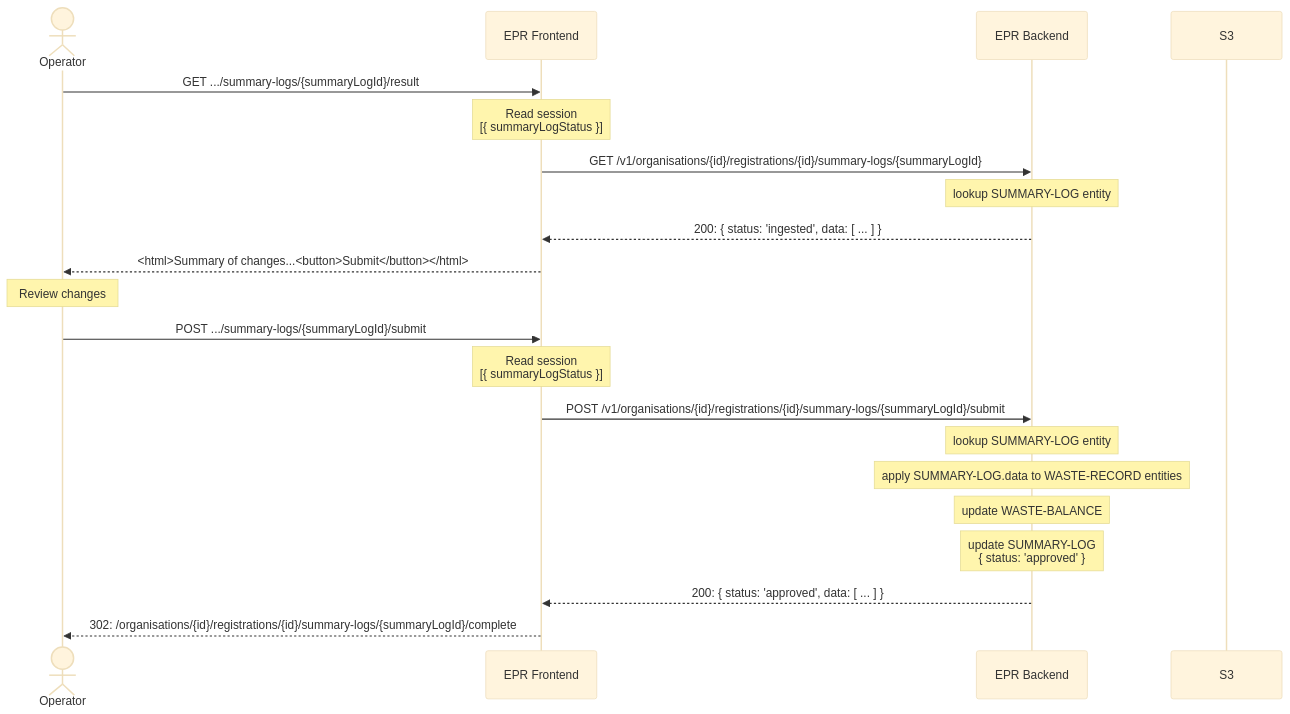
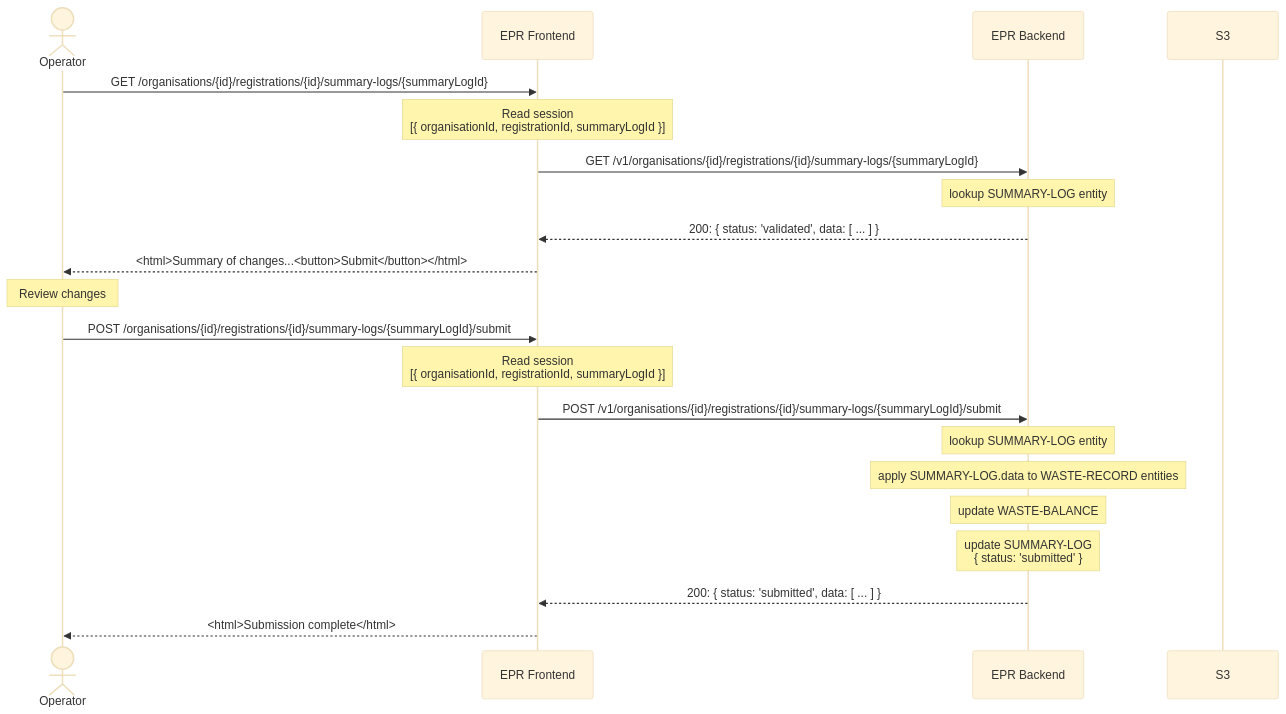
The third of 3 diagrams in docs/architecture/discovery/pepr-lld.md (DEFRA/epr-backend), drawn with Mermaid (base theme) before and after one commit. The commit also changed other lines of this file and 1 other file, not shown here.

Commit message:
PAE-289: Update design docs for event-driven summary log flow (#141)

````diff
--- a/docs/architecture/discovery/pepr-lld.md
+++ b/docs/architecture/discovery/pepr-lld.md
@@ -589,27 +645,27 @@
 ```mermaid
 sequenceDiagram
   actor Op as Operator
   participant Frontend as EPR Frontend
   participant Backend as EPR Backend
   participant S3
 
 
-  Op->>Frontend: GET .../summary-logs/{summaryLogId}/result
-  Note over Frontend: Read session<br>[{ summaryLogStatus }]
+  Op->>Frontend: GET /organisations/{id}/registrations/{id}/summary-logs/{summaryLogId}
+  Note over Frontend: Read session<br>[{ organisationId, registrationId, summaryLogId }]
   Frontend->>Backend: GET /v1/organisations/{id}/registrations/{id}/summary-logs/{summaryLogId}
   Note over Backend: lookup SUMMARY-LOG entity
-  Backend-->>Frontend: 200: { status: 'ingested', data: [ ... ] }
+  Backend-->>Frontend: 200: { status: 'validated', data: [ ... ] }
   Frontend-->>Op: <html>Summary of changes...<button>Submit</button></html>
 
   Note over Op: Review changes
 
-  Op->>Frontend: POST .../summary-logs/{summaryLogId}/submit
-  Note over Frontend: Read session<br>[{ summaryLogStatus }]
+  Op->>Frontend: POST /organisations/{id}/registrations/{id}/summary-logs/{summaryLogId}/submit
+  Note over Frontend: Read session<br>[{ organisationId, registrationId, summaryLogId }]
   Frontend->>Backend: POST /v1/organisations/{id}/registrations/{id}/summary-logs/{summaryLogId}/submit
   Note over Backend: lookup SUMMARY-LOG entity
   Note over Backend: apply SUMMARY-LOG.data to WASTE-RECORD entities
   Note over Backend: update WASTE-BALANCE
-  Note over Backend: update SUMMARY-LOG<br>{ status: 'approved' }
-  Backend-->>Frontend: 200: { status: 'approved', data: [ ... ] }
-  Frontend-->>Op: 302: /organisations/{id}/registrations/{id}/summary-logs/{summaryLogId}/complete
+  Note over Backend: update SUMMARY-LOG<br>{ status: 'submitted' }
+  Backend-->>Frontend: 200: { status: 'submitted', data: [ ... ] }
+  Frontend-->>Op: <html>Submission complete</html>
 ```
````
